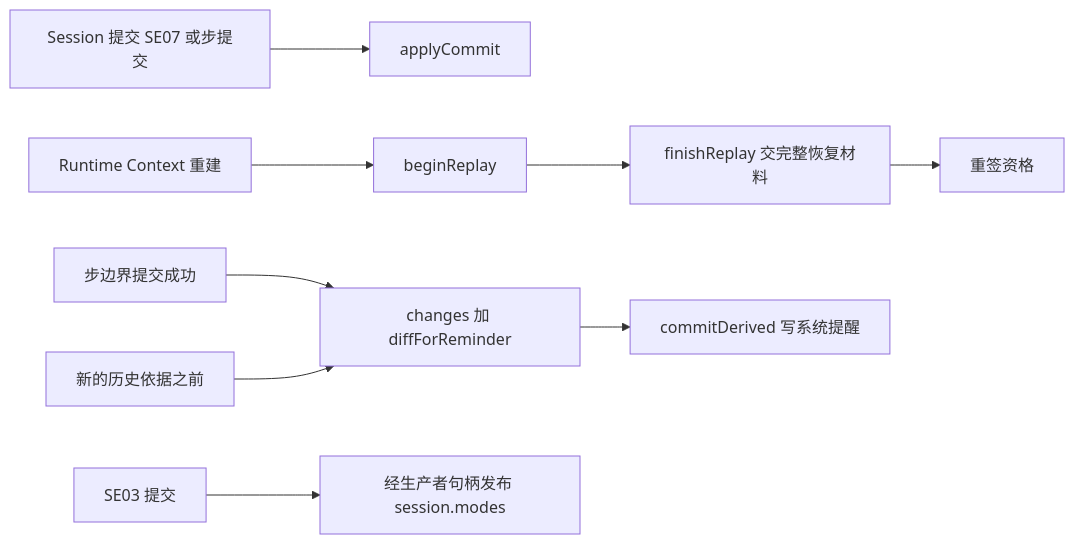
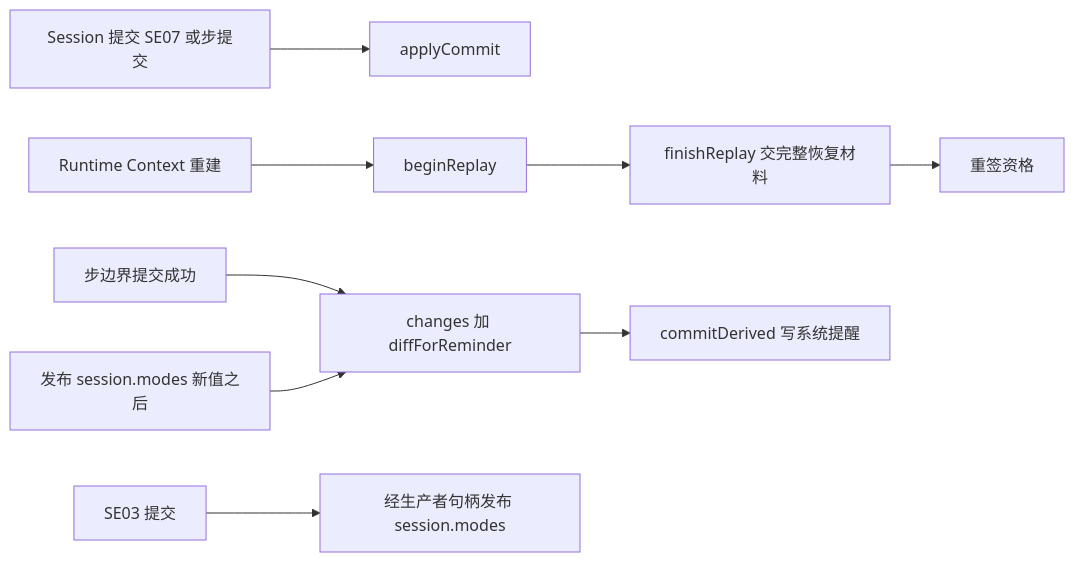
The third of 5 diagrams in packages/session/session-adapters/docs/flows.md (nemori-ai/omne-harness-lite), drawn with Mermaid before and after one commit. The commit also changed other lines of this file and 23 other files, not shown here.

````diff
--- a/packages/session/session-adapters/docs/flows.md
+++ b/packages/session/session-adapters/docs/flows.md
@@ -70,9 +70,9 @@
 ```mermaid
 flowchart LR
   Commit[Session 提交 SE07 或步提交] --> Apply[applyCommit]
   Rebuild[Runtime Context 重建] --> Begin[beginReplay] --> Finish[finishReplay 交完整恢复材料] --> Reissue[重签资格]
   Step[步边界提交成功] --> Pull[changes 加 diffForReminder]
-  Basis[新的历史依据之前] --> Pull
+  Modes2[发布 session.modes 新值之后] --> Pull
   Pull --> Reminder[commitDerived 写系统提醒]
   Modes[SE03 提交] --> Publish[经生产者句柄发布 session.modes]
 ```
````
